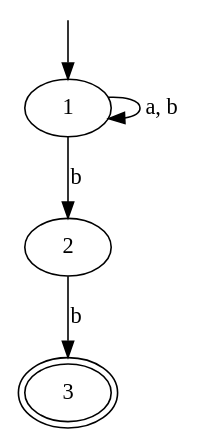
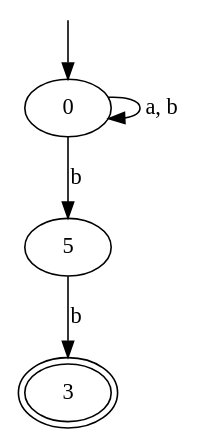
The diagram in nfa.dot (p9romain/automaton), drawn with Graphviz before and after one commit. The commit also changed 8 other files, not shown here.

```diff
--- a/nfa.dot
+++ b/nfa.dot
@@ -1,9 +1,9 @@
 digraph automaton
 {
   __INVISIBLE_NODE_0__ [label= "", shape=none,height=.0,width=.0] ;
-  __INVISIBLE_NODE_0__ -> 1 ;
+  __INVISIBLE_NODE_0__ -> 0 ;
   3 [peripheries=2] ;
-  1 -> 1 [label="a, b"] ;
-  1 -> 2 [label="b"] ;
-  2 -> 3 [label="b"] ;
+  0 -> 0 [label="a, b"] ;
+  0 -> 5 [label="b"] ;
+  5 -> 3 [label="b"] ;
 }
```
